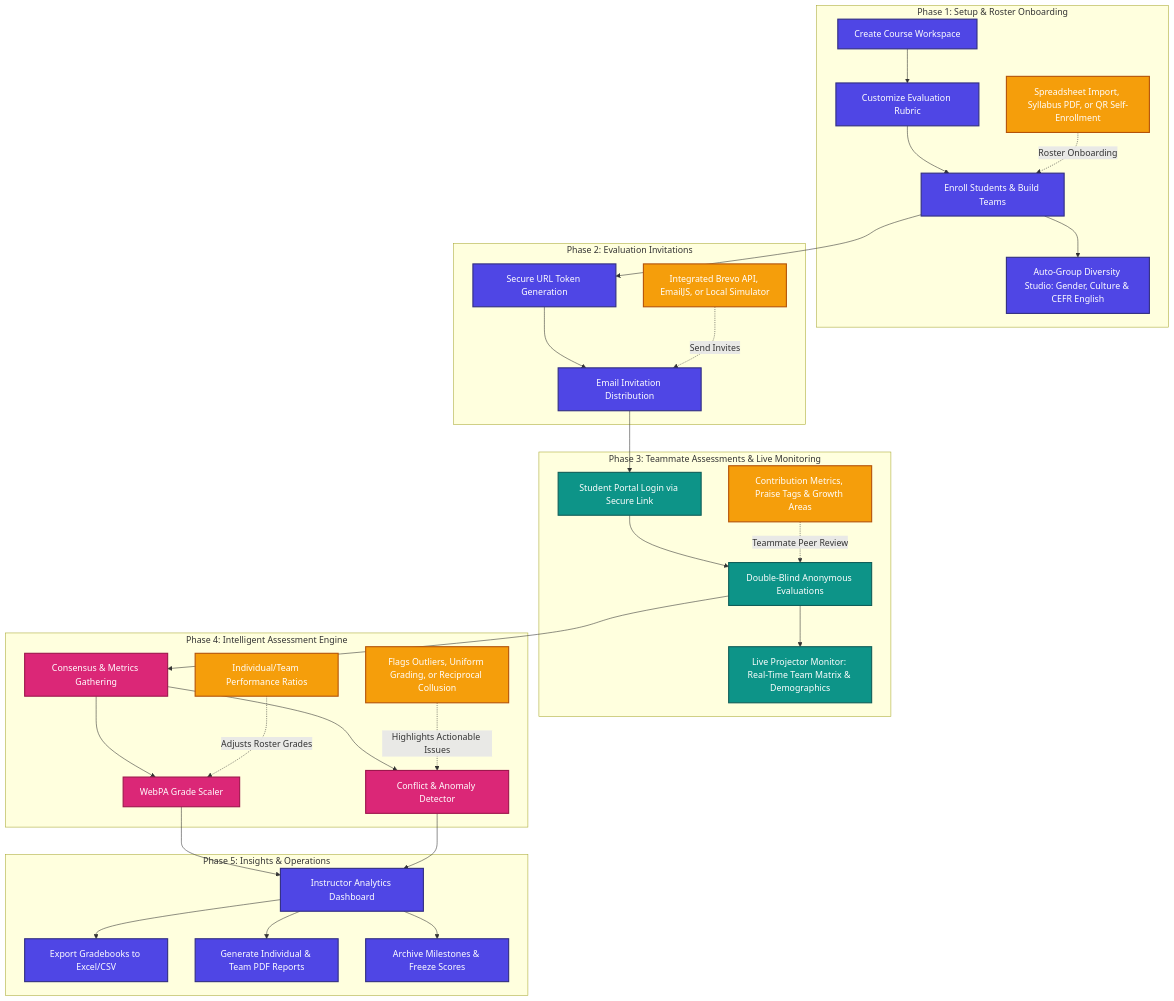
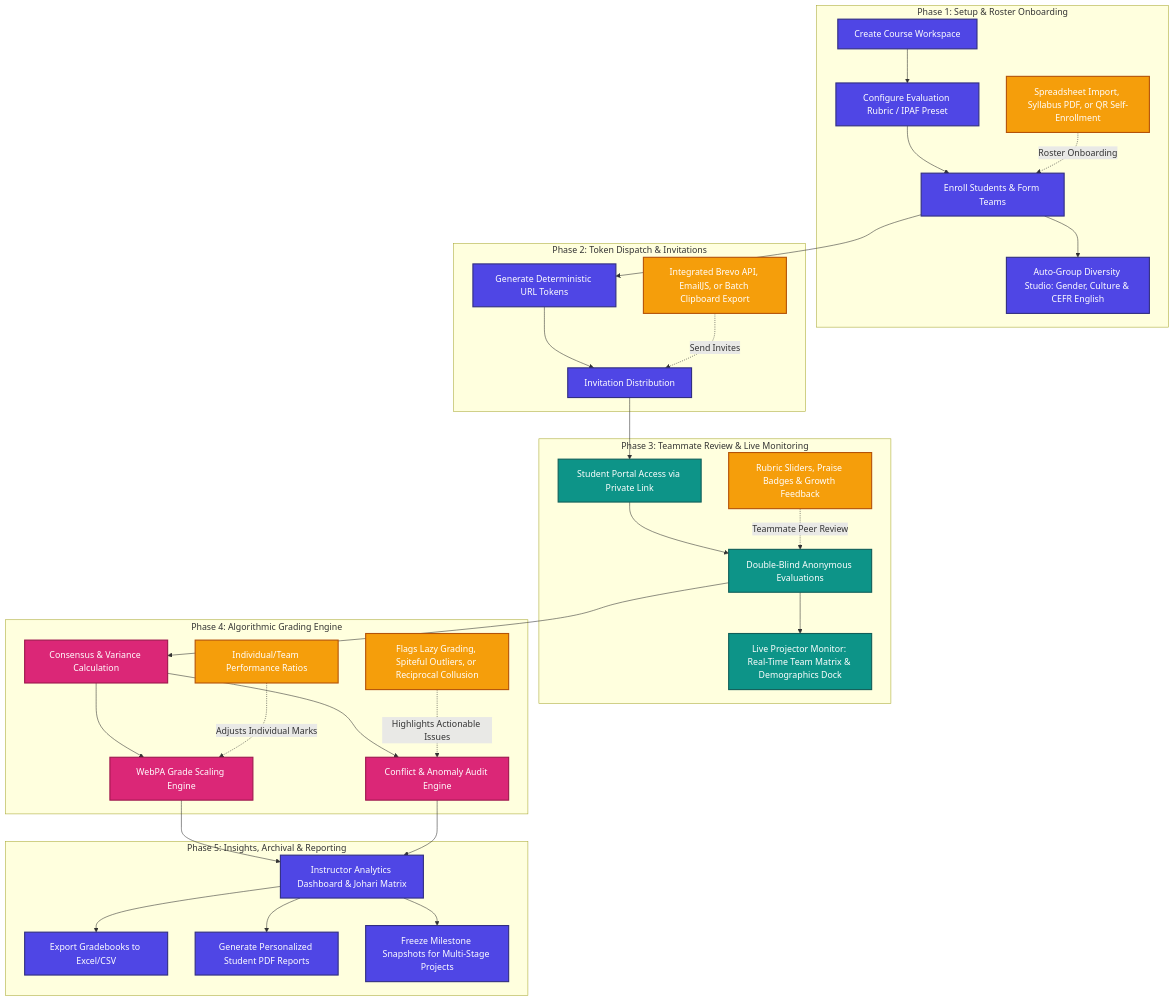
One commit to Dhruu04/PeerLens changed the diagram in README.md. Above: the diagram before and after it, drawn with Mermaid. The commit also changed other lines of this file and 19 other files, not shown here.

Commit message:
feat: complete v2.4 platform enhancements, IPAF rubric standard, Obsidian dark theme, mobile responsiveness, and documentation updates

````diff
--- a/README.md
+++ b/README.md
@@ -17,49 +17,49 @@
 ```mermaid
 graph TD
     %% Styling definitions
     classDef instructor fill:#4f46e5,stroke:#312e81,stroke-width:2px,color:#fff;
     classDef student fill:#0d9488,stroke:#115e59,stroke-width:2px,color:#fff;
     classDef engine fill:#db2777,stroke:#9d174d,stroke-width:2px,color:#fff;
     classDef file fill:#f59e0b,stroke:#b45309,stroke-width:2px,color:#fff;
 
     subgraph "Phase 1: Setup & Roster Onboarding"
-        A[Create Course Workspace] --> B[Customize Evaluation Rubric]
-        B --> C[Enroll Students & Build Teams]
+        A[Create Course Workspace] --> B[Configure Evaluation Rubric / IPAF Preset]
+        B --> C[Enroll Students & Form Teams]
         C1["Spreadsheet Import, Syllabus PDF, or QR Self-Enrollment"] -.->|Roster Onboarding| C
         C --> C2["Auto-Group Diversity Studio: Gender, Culture & CEFR English"]
     end
     
-    subgraph "Phase 2: Evaluation Invitations"
-        C --> D[Secure URL Token Generation]
-        D --> E[Email Invitation Distribution]
-        E1["Integrated Brevo API, EmailJS, or Local Simulator"] -.->|Send Invites| E
+    subgraph "Phase 2: Token Dispatch & Invitations"
+        C --> D[Generate Deterministic URL Tokens]
+        D --> E[Invitation Distribution]
+        E1["Integrated Brevo API, EmailJS, or Batch Clipboard Export"] -.->|Send Invites| E
     end
     
-    subgraph "Phase 3: Teammate Assessments & Live Monitoring"
-        E --> F[Student Portal Login via Secure Link]
+    subgraph "Phase 3: Teammate Review & Live Monitoring"
+        E --> F[Student Portal Access via Private Link]
         F --> G[Double-Blind Anonymous Evaluations]
-        G1["Contribution Metrics, Praise Tags & Growth Areas"] -.->|Teammate Peer Review| G
-        G --> G2["Live Projector Monitor: Real-Time Team Matrix & Demographics"]
+        G1["Rubric Sliders, Praise Badges & Growth Feedback"] -.->|Teammate Peer Review| G
+        G --> G2["Live Projector Monitor: Real-Time Team Matrix & Demographics Dock"]
     end
 
-    subgraph "Phase 4: Intelligent Assessment Engine"
-        G --> H[Consensus & Metrics Gathering]
-        H --> I[WebPA Grade Scaler]
-        H --> J[Conflict & Anomaly Detector]
-        I1["Individual/Team Performance Ratios"] -.->|Adjusts Roster Grades| I
-        J1["Flags Outliers, Uniform Grading, or Reciprocal Collusion"] -.->|Highlights Actionable Issues| J
+    subgraph "Phase 4: Algorithmic Grading Engine"
+        G --> H[Consensus & Variance Calculation]
+        H --> I[WebPA Grade Scaling Engine]
+        H --> J[Conflict & Anomaly Audit Engine]
+        I1["Individual/Team Performance Ratios"] -.->|Adjusts Individual Marks| I
+        J1["Flags Lazy Grading, Spiteful Outliers, or Reciprocal Collusion"] -.->|Highlights Actionable Issues| J
     end
 
-    subgraph "Phase 5: Insights & Operations"
-        I --> K[Instructor Analytics Dashboard]
+    subgraph "Phase 5: Insights, Archival & Reporting"
+        I --> K[Instructor Analytics Dashboard & Johari Matrix]
         J --> K
         K --> L[Export Gradebooks to Excel/CSV]
-        K --> M[Generate Individual & Team PDF Reports]
-        K --> N[Archive Milestones & Freeze Scores]
+        K --> M[Generate Personalized Student PDF Reports]
+        K --> N[Freeze Milestone Snapshots for Multi-Stage Projects]
     end
 
     class A,B,C,C2,D,E,K,L,M,N instructor;
     class F,G,G2 student;
     class H,I,J engine;
     class C1,E1,G1,I1,J1 file;
 ```
````
